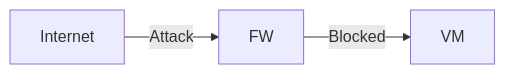
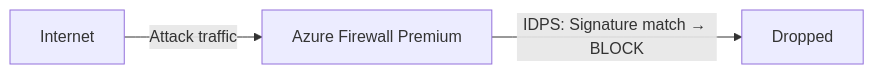
One commit to atulkamble/Azure-Firewall changed the eighth of 10 diagrams in azure-firewall.md. Above: the diagram before and after it, drawn with Mermaid. The commit also changed other lines of this file, not shown here.

````diff
--- a/azure-firewall.md
+++ b/azure-firewall.md
@@ -165,5 +176,5 @@
 ```mermaid
 flowchart LR
-    Internet -->|Attack| FW
-    FW -->|Blocked| VM
+    Internet -->|"Attack traffic"| FW[Azure Firewall Premium]
+    FW -->|"IDPS: Signature match → BLOCK"| X[Dropped]
 ```
````
